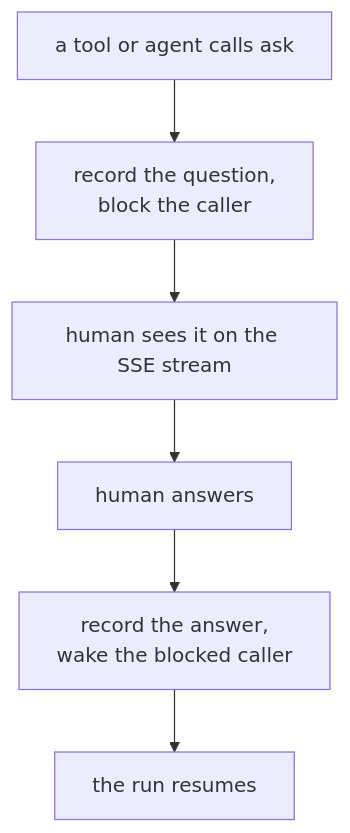
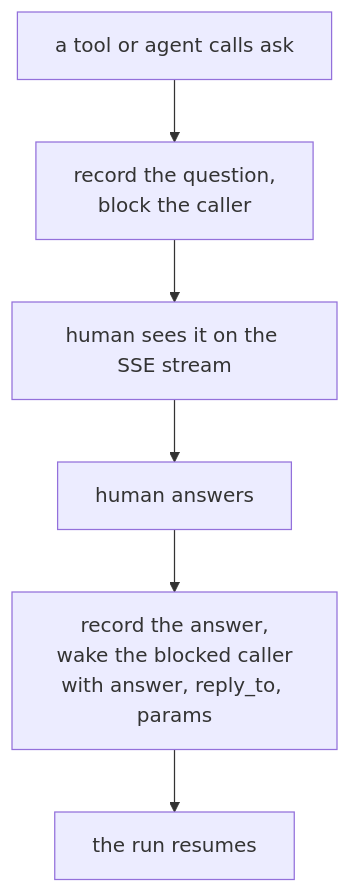
The diagram in concepts/interactions.mdx (tai42ai/tai-docs), drawn with Mermaid before and after one commit. The commit also changed other lines of this file and 25 other files, not shown here.

````diff
--- a/concepts/interactions.mdx
+++ b/concepts/interactions.mdx
@@ -20,8 +20,8 @@
 ```mermaid
 flowchart TD
     A["a tool or agent calls ask"] --> B["record the question,<br/>block the caller"]
     B --> C["human sees it on the SSE stream"]
     C --> D["human answers"]
-    D --> E["record the answer,<br/>wake the blocked caller"]
+    D --> E["record the answer,<br/>wake the blocked caller<br/>with answer, reply_to, params"]
     E --> F["the run resumes"]
 ```
````
